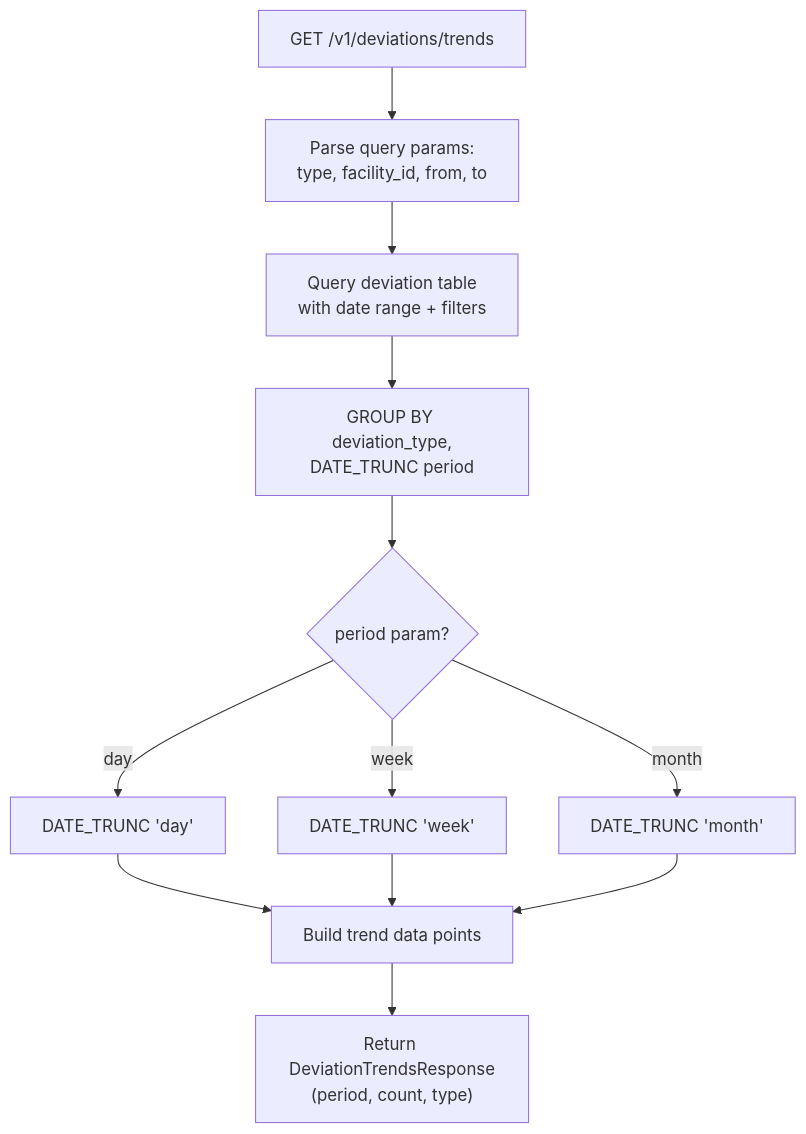
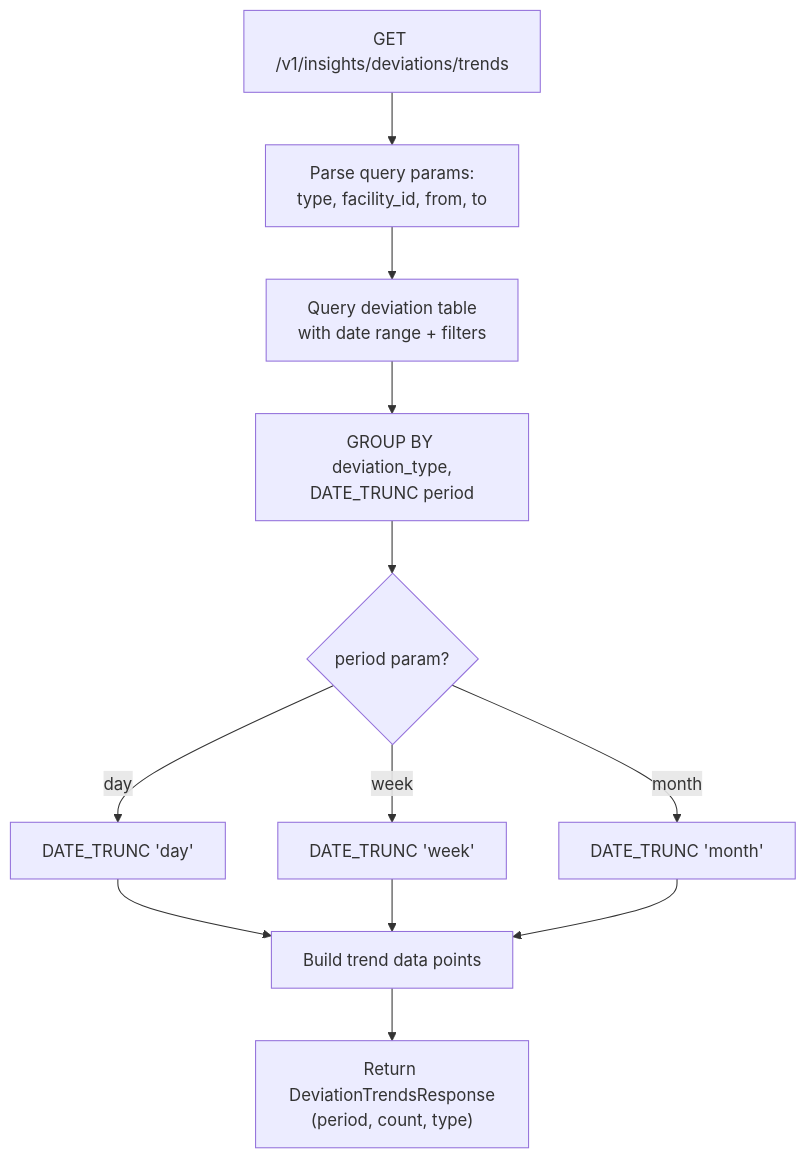
Before and after one commit to AjishaVayoli-Tarento/cce-insights-service: the fourth of 27 diagrams in docs/flow-diagrams.md, drawn with Mermaid. The commit also changed other lines of this file and 27 other files, not shown here.

````diff
--- a/docs/flow-diagrams.md
+++ b/docs/flow-diagrams.md
@@ -76,17 +76,17 @@
 ```mermaid
 flowchart TD
-    A[GET /v1/deviations/trends] --> B[Parse query params:<br/>type, facility_id, from, to]
+    A[GET /v1/insights/deviations/trends] --> B[Parse query params:<br/>type, facility_id, from, to]
     B --> C[Query deviation table<br/>with date range + filters]
     C --> D[GROUP BY deviation_type,<br/>DATE_TRUNC period]
 
     D --> E{period param?}
     E -- day --> F[DATE_TRUNC 'day']
     E -- week --> G[DATE_TRUNC 'week']
     E -- month --> H[DATE_TRUNC 'month']
 
     F --> I[Build trend data points]
     G --> I
     H --> I
 
     I --> J["Return DeviationTrendsResponse<br/>(period, count, type)"]
 ```
````
